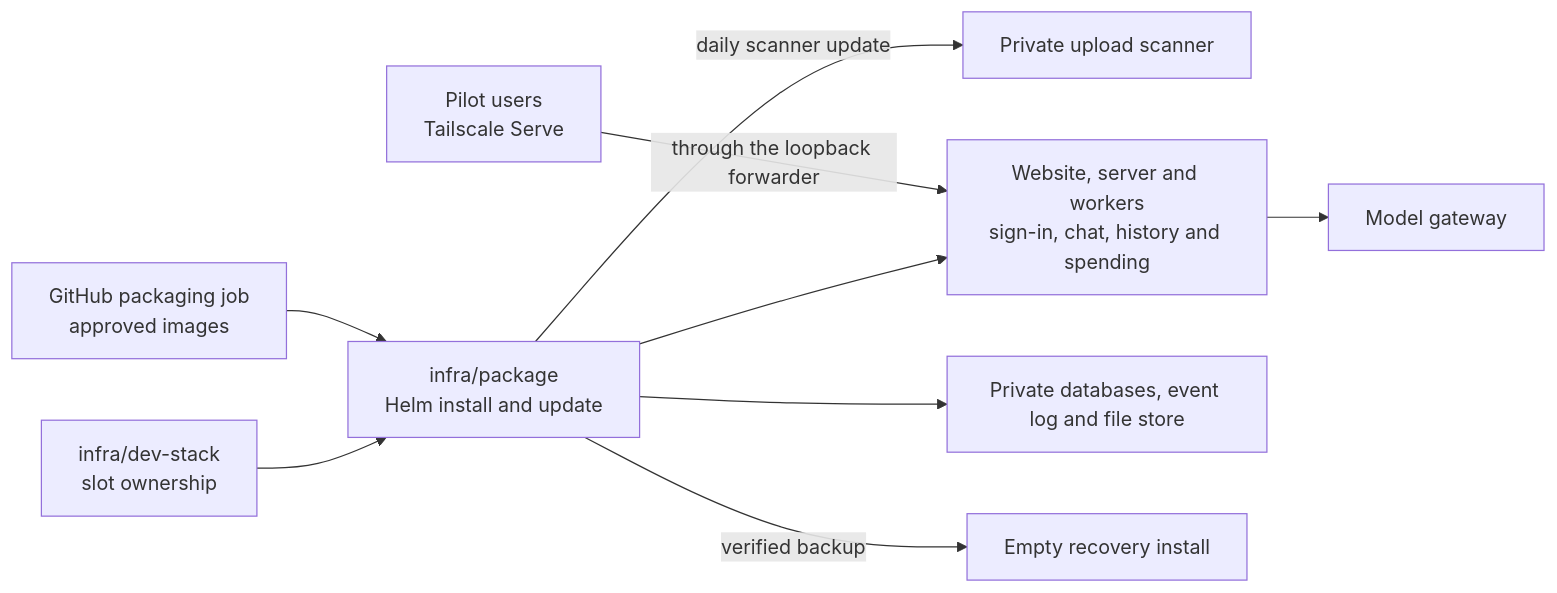
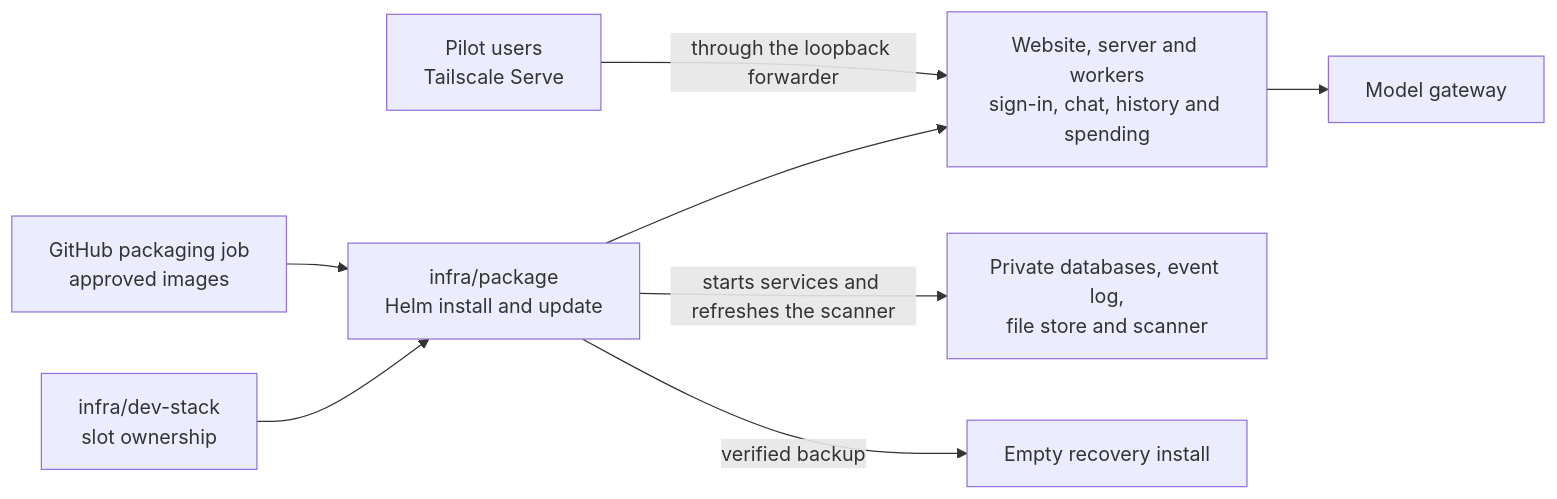
Before and after one commit to elewa-git/opencrane-new: the diagram in infra/package/README.md, drawn with Mermaid. The commit also changed 1 other file, not shown here.

Commit message:
📝 Record the scanner journey guard and checks

````diff
--- a/infra/package/README.md
+++ b/infra/package/README.md
@@ -19,11 +19,10 @@
 ```mermaid
 flowchart LR
   stack["infra/dev-stack<br/>slot ownership"] --> package["infra/package<br/>Helm install and update"]
   ci["GitHub packaging job<br/>approved images"] --> package
-  package -->|daily scanner update| scanner["Private upload scanner"]
   package --> apps["Website, server and workers<br/>sign-in, chat, history and spending"]
   tailnet["Pilot users<br/>Tailscale Serve"] -->|through the loopback forwarder| apps
-  package --> services["Private databases, event log and file store"]
+  package -->|starts services and refreshes the scanner| services["Private databases, event log,<br/>file store and scanner"]
   apps --> models["Model gateway"]
   package -->|verified backup| recovery["Empty recovery install"]
 ```
````
